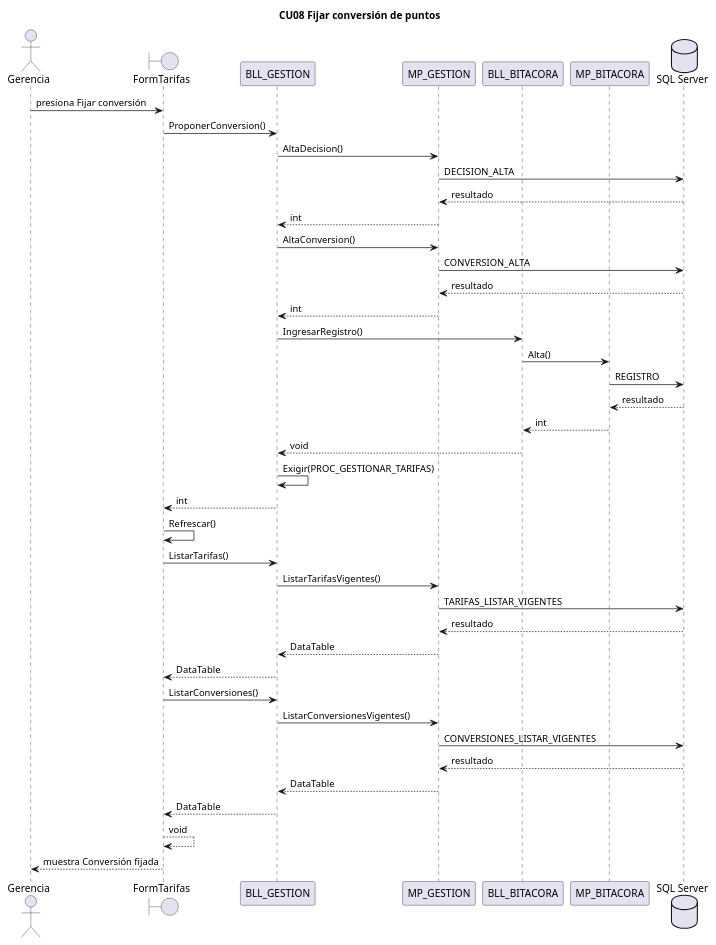
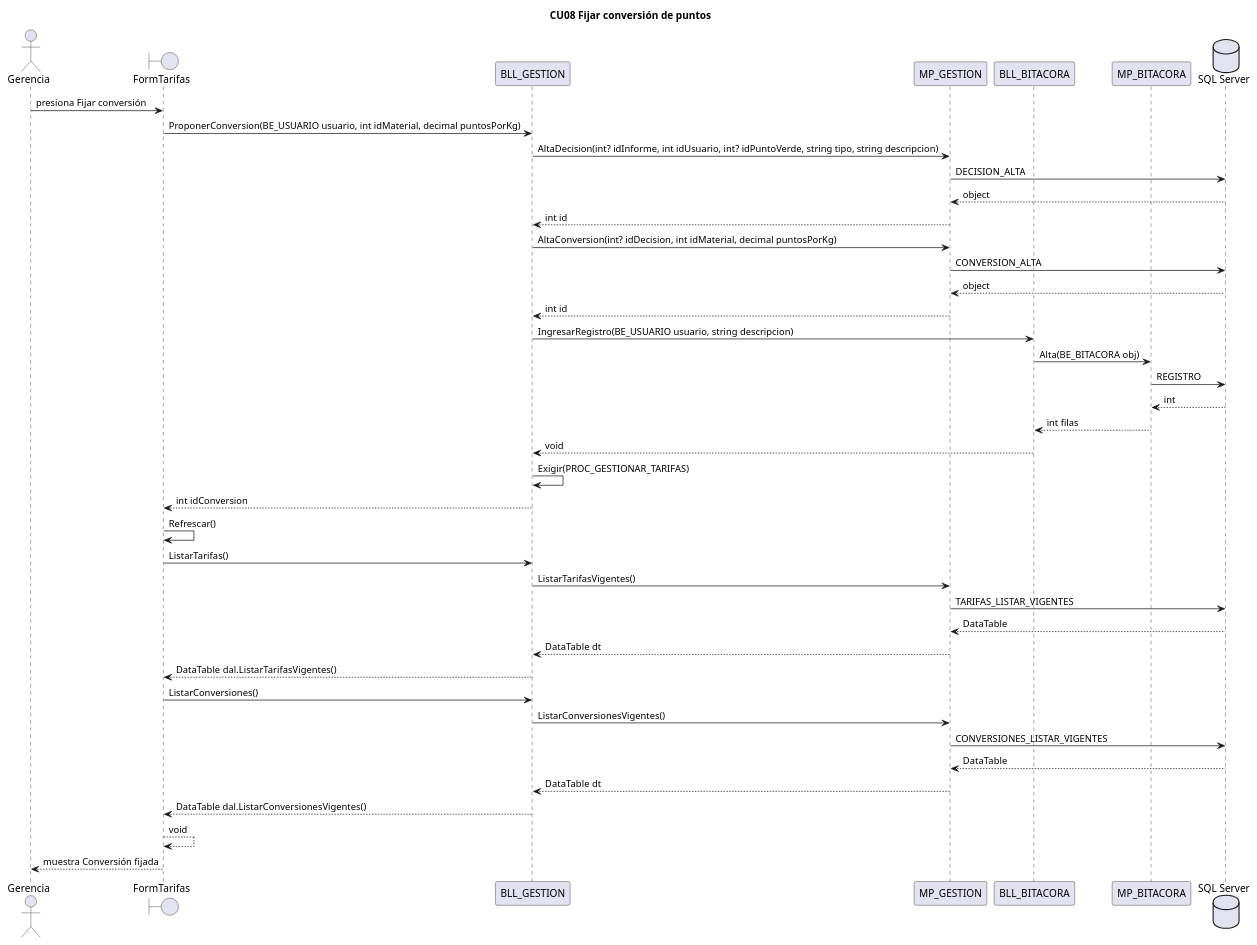
One commit to L-Muniz/uai-diploma_2026 changed the diagram in docs/diagramas/secuencias/CU08.puml. Above: the diagram before and after it, drawn with PlantUML. The commit also changed 59 other files, not shown here.

Commit message:
Docs: firmas y retornos de las secuencias tomados del código; diagramas de casos de uso en el documento

```diff
--- a/docs/diagramas/secuencias/CU08.puml
+++ b/docs/diagramas/secuencias/CU08.puml
@@ -1,43 +1,43 @@
 @startuml CU08
 title CU08 Fijar conversión de puntos
 actor "Gerencia" as ACT
 boundary FormTarifas
 participant BLL_GESTION
 participant MP_GESTION
 participant BLL_BITACORA
 participant MP_BITACORA
 database "SQL Server" as BD
 ACT -> FormTarifas : presiona Fijar conversión
-FormTarifas -> BLL_GESTION : ProponerConversion()
-BLL_GESTION -> MP_GESTION : AltaDecision()
+FormTarifas -> BLL_GESTION : ProponerConversion(BE_USUARIO usuario, int idMaterial, decimal puntosPorKg)
+BLL_GESTION -> MP_GESTION : AltaDecision(int? idInforme, int idUsuario, int? idPuntoVerde, string tipo, string descripcion)
 MP_GESTION -> BD : DECISION_ALTA
-BD --> MP_GESTION : resultado
-MP_GESTION --> BLL_GESTION : int
-BLL_GESTION -> MP_GESTION : AltaConversion()
+BD --> MP_GESTION : object
+MP_GESTION --> BLL_GESTION : int id
+BLL_GESTION -> MP_GESTION : AltaConversion(int? idDecision, int idMaterial, decimal puntosPorKg)
 MP_GESTION -> BD : CONVERSION_ALTA
-BD --> MP_GESTION : resultado
-MP_GESTION --> BLL_GESTION : int
-BLL_GESTION -> BLL_BITACORA : IngresarRegistro()
-BLL_BITACORA -> MP_BITACORA : Alta()
+BD --> MP_GESTION : object
+MP_GESTION --> BLL_GESTION : int id
+BLL_GESTION -> BLL_BITACORA : IngresarRegistro(BE_USUARIO usuario, string descripcion)
+BLL_BITACORA -> MP_BITACORA : Alta(BE_BITACORA obj)
 MP_BITACORA -> BD : REGISTRO
-BD --> MP_BITACORA : resultado
-MP_BITACORA --> BLL_BITACORA : int
+BD --> MP_BITACORA : int
+MP_BITACORA --> BLL_BITACORA : int filas
 BLL_BITACORA --> BLL_GESTION : void
 BLL_GESTION -> BLL_GESTION : Exigir(PROC_GESTIONAR_TARIFAS)
-BLL_GESTION --> FormTarifas : int
+BLL_GESTION --> FormTarifas : int idConversion
 FormTarifas -> FormTarifas : Refrescar()
 FormTarifas -> BLL_GESTION : ListarTarifas()
 BLL_GESTION -> MP_GESTION : ListarTarifasVigentes()
 MP_GESTION -> BD : TARIFAS_LISTAR_VIGENTES
-BD --> MP_GESTION : resultado
-MP_GESTION --> BLL_GESTION : DataTable
-BLL_GESTION --> FormTarifas : DataTable
+BD --> MP_GESTION : DataTable
+MP_GESTION --> BLL_GESTION : DataTable dt
+BLL_GESTION --> FormTarifas : DataTable dal.ListarTarifasVigentes()
 FormTarifas -> BLL_GESTION : ListarConversiones()
 BLL_GESTION -> MP_GESTION : ListarConversionesVigentes()
 MP_GESTION -> BD : CONVERSIONES_LISTAR_VIGENTES
-BD --> MP_GESTION : resultado
-MP_GESTION --> BLL_GESTION : DataTable
-BLL_GESTION --> FormTarifas : DataTable
+BD --> MP_GESTION : DataTable
+MP_GESTION --> BLL_GESTION : DataTable dt
+BLL_GESTION --> FormTarifas : DataTable dal.ListarConversionesVigentes()
 FormTarifas --> FormTarifas : void
 FormTarifas --> ACT : muestra Conversión fijada
 @enduml
```
